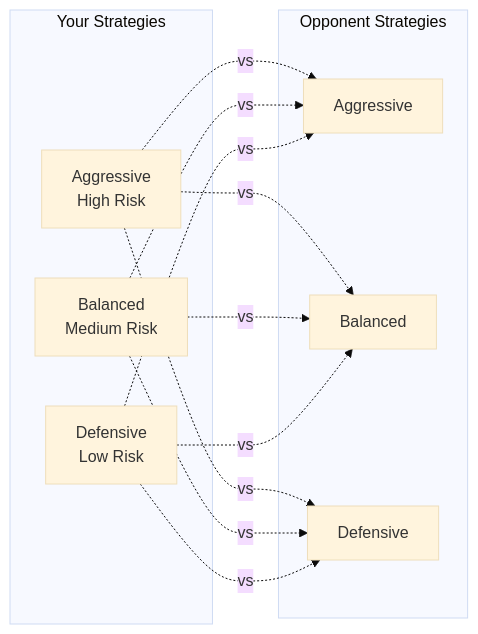
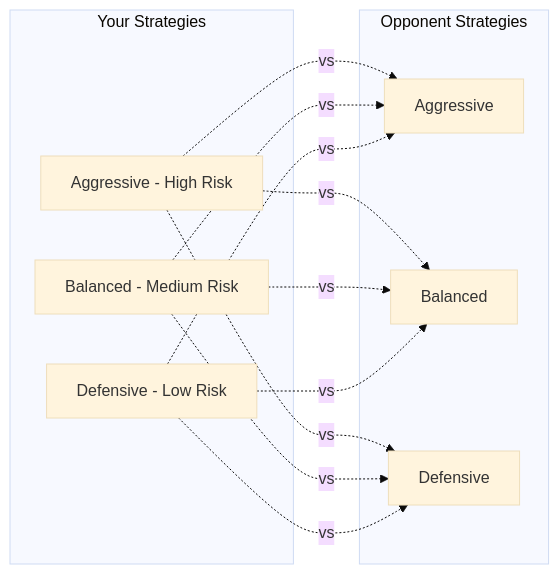
One commit to bhi5hmaraj/ai-risk-ttx changed the seventh of 9 diagrams in research/ai_futures/eli/15_years_old.md. Above: the diagram before and after it, drawn with Mermaid (base theme). The commit also changed other lines of this file and 8 other files, not shown here.

First line of the commit message:
fix: Remove all <br/> tags from Mermaid diagrams and add validation

````diff
--- a/research/ai_futures/eli/15_years_old.md
+++ b/research/ai_futures/eli/15_years_old.md
@@ -323,24 +323,24 @@
 ```mermaid
 graph LR
     subgraph "Your Strategies"
-    A[Aggressive<br/>High Risk]
-    B[Balanced<br/>Medium Risk]
-    C[Defensive<br/>Low Risk]
+    A[Aggressive - High Risk]
+    B[Balanced - Medium Risk]
+    C[Defensive - Low Risk]
     end
 
     subgraph "Opponent Strategies"
     D[Aggressive]
     E[Balanced]
     F[Defensive]
     end
 
     A -.->|"vs"| D
     A -.->|"vs"| E
     A -.->|"vs"| F
     B -.->|"vs"| D
     B -.->|"vs"| E
     B -.->|"vs"| F
     C -.->|"vs"| D
     C -.->|"vs"| E
     C -.->|"vs"| F
 ```
````
